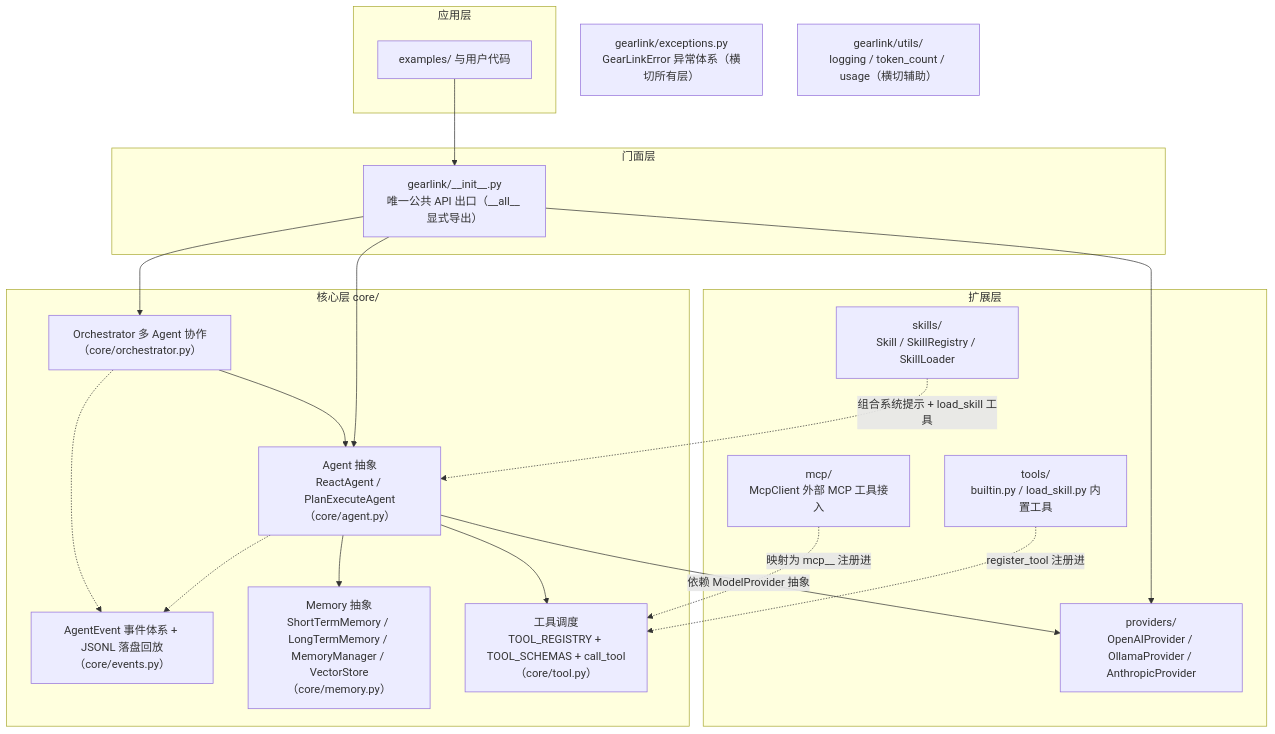
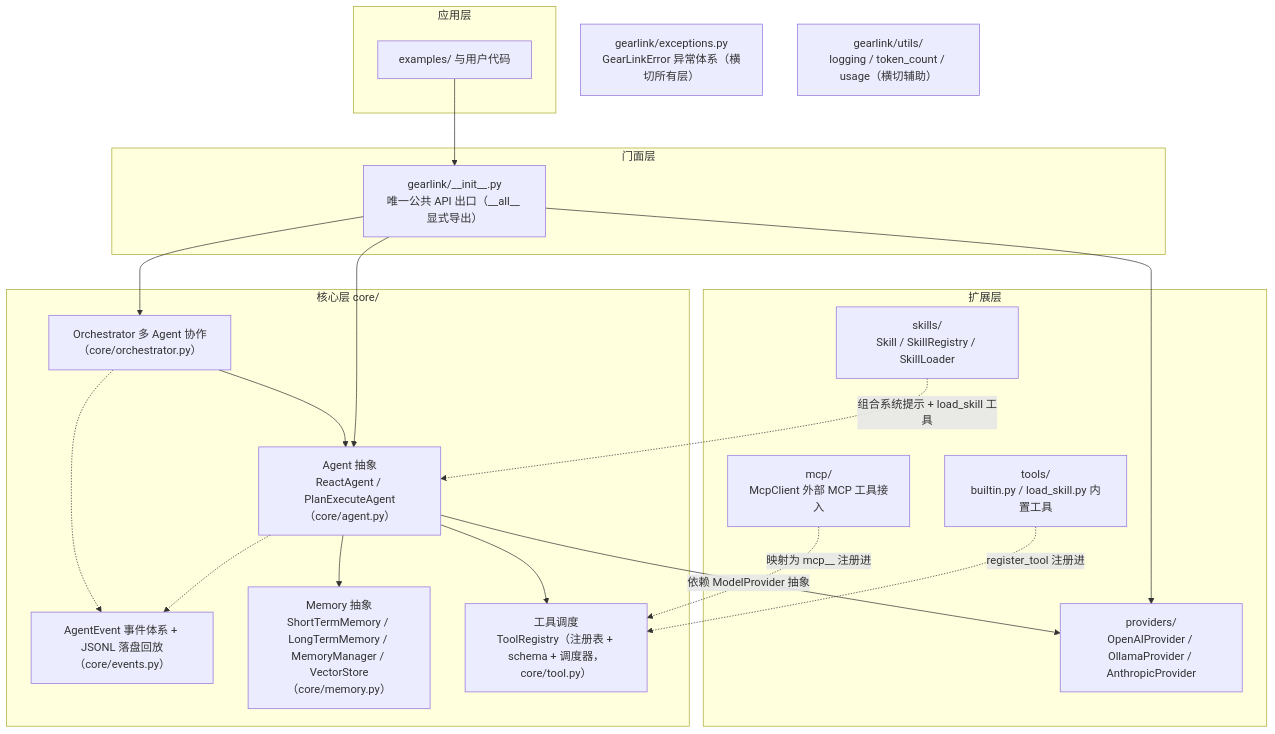
Before and after one commit to Mzys521/gearlink: the first of 6 diagrams in docs/架构设计.md, drawn with Mermaid. The commit also changed other lines of this file and 10 other files, not shown here.

````diff
--- a/docs/架构设计.md
+++ b/docs/架构设计.md
@@ -20,42 +20,42 @@
 ```mermaid
 flowchart TB
     subgraph app[应用层]
         EX[examples/ 与用户代码]
     end
 
     subgraph facade[门面层]
         INIT["gearlink/__init__.py<br/>唯一公共 API 出口（__all__ 显式导出）"]
     end
 
     subgraph core[核心层 core/]
         AGENT["Agent 抽象<br/>ReactAgent / PlanExecuteAgent（core/agent.py）"]
         ORCH["Orchestrator 多 Agent 协作（core/orchestrator.py）"]
         EVT["AgentEvent 事件体系 + JSONL 落盘回放（core/events.py）"]
         MEM["Memory 抽象<br/>ShortTermMemory / LongTermMemory / MemoryManager / VectorStore（core/memory.py）"]
-        DISP["工具调度<br/>TOOL_REGISTRY + TOOL_SCHEMAS + call_tool（core/tool.py）"]
+        DISP["工具调度<br/>ToolRegistry（注册表 + schema + 调度器，core/tool.py）"]
     end
 
     subgraph ext[扩展层]
         PROV["providers/<br/>OpenAIProvider / OllamaProvider / AnthropicProvider"]
         TOOLS["tools/<br/>builtin.py / load_skill.py 内置工具"]
         SKILLS["skills/<br/>Skill / SkillRegistry / SkillLoader"]
         MCPX["mcp/<br/>McpClient 外部 MCP 工具接入"]
     end
 
     EXC["gearlink/exceptions.py<br/>GearLinkError 异常体系（横切所有层）"]
     UTIL["gearlink/utils/<br/>logging / token_count / usage（横切辅助）"]
 
     EX --> INIT
     INIT --> AGENT
     INIT --> ORCH
     INIT --> PROV
     AGENT -->|"依赖 ModelProvider 抽象"| PROV
     AGENT --> MEM
     AGENT --> DISP
     AGENT -.-> EVT
     ORCH --> AGENT
     ORCH -.-> EVT
     TOOLS -.->|"register_tool 注册进"| DISP
     MCPX -.->|"映射为 mcp_<server>_<tool> 注册进"| DISP
     SKILLS -.->|"组合系统提示 + load_skill 工具"| AGENT
 ```
````
